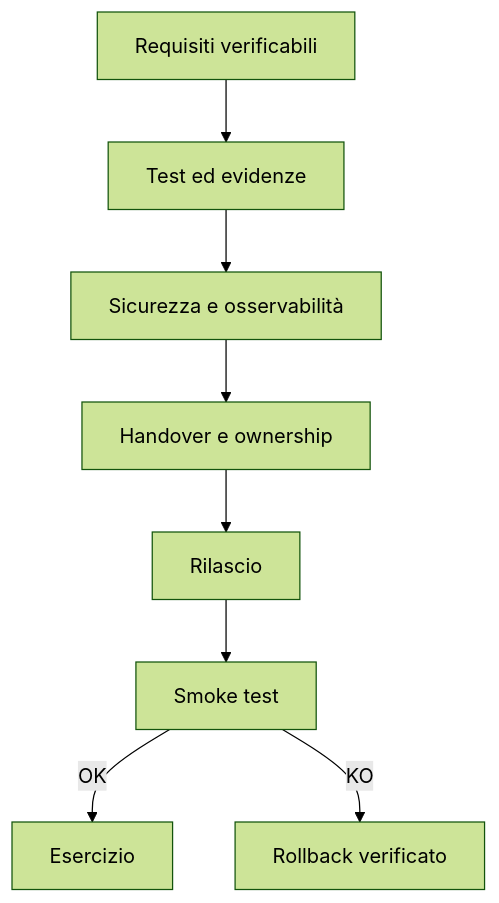
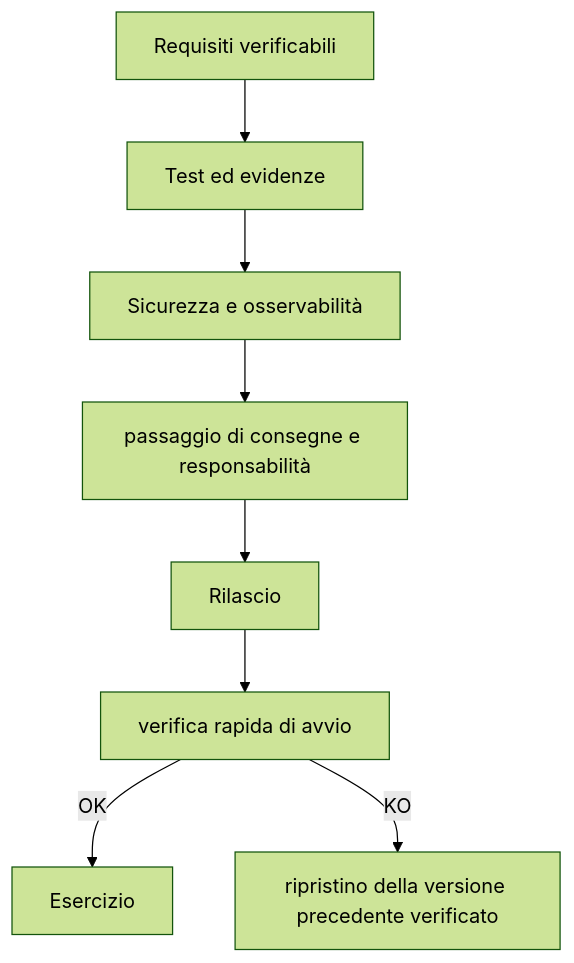
The sixth of 6 diagrams in slides.qmd (andreabz/R_per_IT), drawn with Mermaid (forest theme) before and after one commit. The commit also changed other lines of this file and 10 other files, not shown here.

````diff
--- a/slides.qmd
+++ b/slides.qmd
@@ -331,11 +331,11 @@
 ```{mermaid}
 %%| echo: false
 flowchart TD
  A["Requisiti verificabili"] --> B["Test ed evidenze"]
  B --> C["Sicurezza e osservabilità"]
- C --> D["Handover e ownership"]
+ C --> D["passaggio di consegne e responsabilità"]
  D --> E["Rilascio"]
- E --> F["Smoke test"]
+ E --> F["verifica rapida di avvio"]
  F -->|OK| G["Esercizio"]
- F -->|KO| H["Rollback verificato"]
+ F -->|KO| H["ripristino della versione precedente verificato"]
 ```
````
